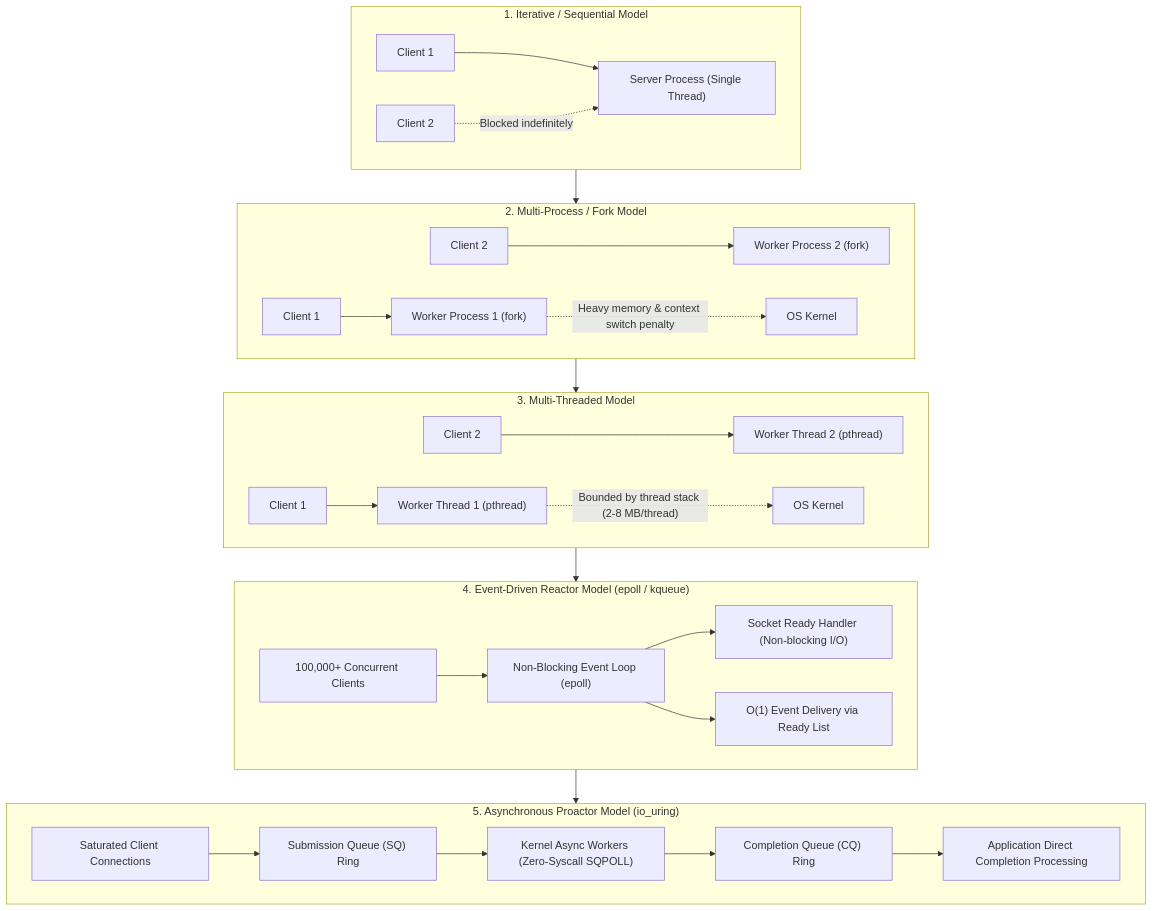
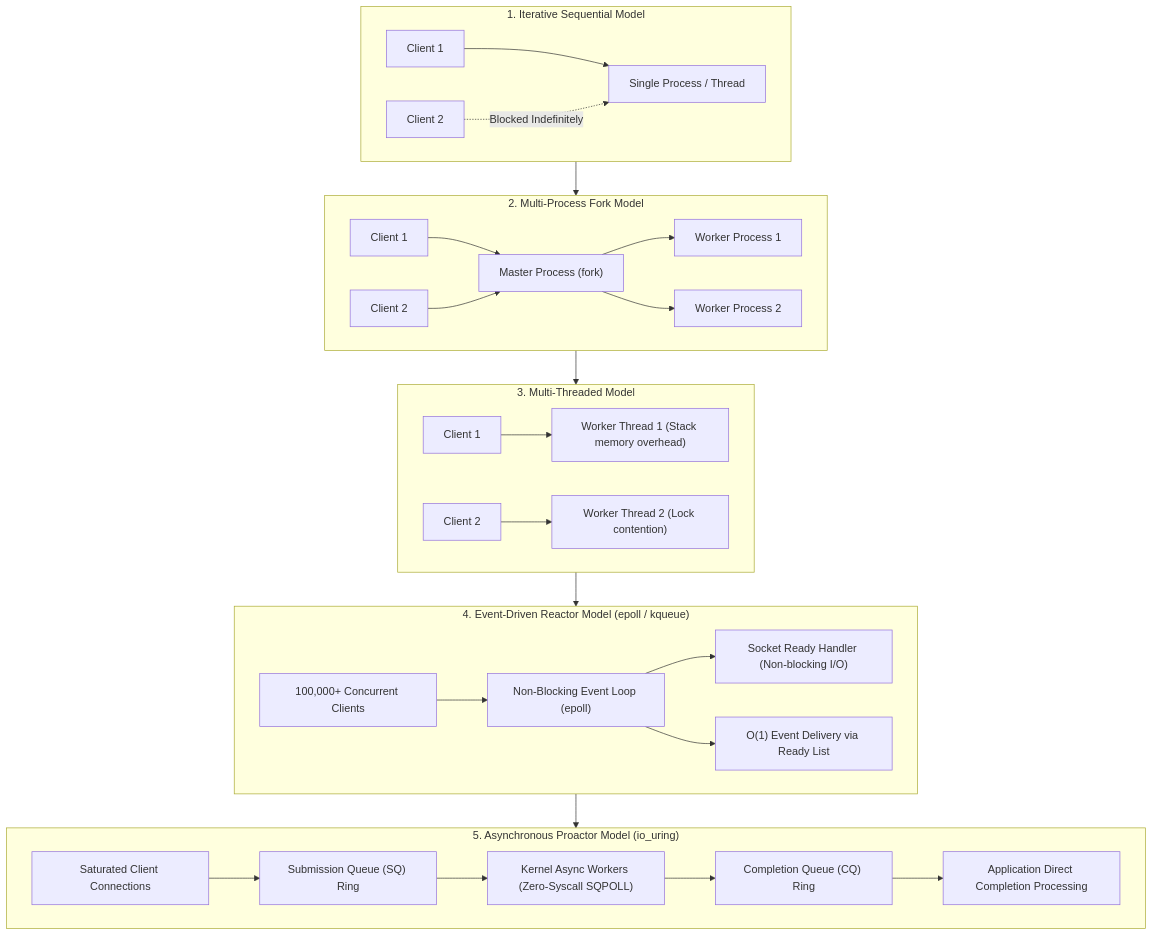
Before and after one commit to Ashutosh0x/creating-your-own-servers-from-scratch: the second of 2 diagrams in README.md, drawn with Mermaid. The commit also changed other lines of this file and 1 other file, not shown here.

Commit message:
feat: complete Part III chapters 38-60, technical errata register, and master production artifacts

````diff
--- a/README.md
+++ b/README.md
@@ -102,34 +136,32 @@
 ```mermaid
 flowchart TD
-    subgraph M1["1. Iterative / Sequential Model"]
-        C1_A["Client 1"] --> SVR1["Server Process (Single Thread)"]
-        C1_B["Client 2"] -.->|"Blocked indefinitely"| SVR1
+    subgraph M1["1. Iterative Sequential Model"]
+        C1["Client 1"] --> S1["Single Process / Thread"]
+        C2["Client 2"] -.->|Blocked Indefinitely| S1
     end
 
-    subgraph M2["2. Multi-Process / Fork Model"]
-        C2_A["Client 1"] --> P2_A["Worker Process 1 (fork)"]
-        C2_B["Client 2"] --> P2_B["Worker Process 2 (fork)"]
-        P2_A -.->|"Heavy memory & context switch penalty"| OS2["OS Kernel"]
+    subgraph M2["2. Multi-Process Fork Model"]
+        C2_1["Client 1"] --> P1["Master Process (fork)"] --> W1["Worker Process 1"]
+        C2_2["Client 2"] --> P1 --> W2["Worker Process 2"]
     end
 
     subgraph M3["3. Multi-Threaded Model"]
-        C3_A["Client 1"] --> T3_A["Worker Thread 1 (pthread)"]
-        C3_B["Client 2"] --> T3_B["Worker Thread 2 (pthread)"]
-        T3_A -.->|"Bounded by thread stack (2-8 MB/thread)"| OS3["OS Kernel"]
+        C3_1["Client 1"] --> T1["Worker Thread 1 (Stack memory overhead)"]
+        C3_2["Client 2"] --> T2["Worker Thread 2 (Lock contention)"]
     end
 
     subgraph M4["4. Event-Driven Reactor Model (epoll / kqueue)"]
         C4_All["100,000+ Concurrent Clients"] --> E4["Non-Blocking Event Loop (epoll)"]
         E4 --> H4_1["Socket Ready Handler (Non-blocking I/O)"]
         E4 --> H4_2["O(1) Event Delivery via Ready List"]
     end
 
     subgraph M5["5. Asynchronous Proactor Model (io_uring)"]
         C5_All["Saturated Client Connections"] --> SQ["Submission Queue (SQ) Ring"]
         SQ --> KERN["Kernel Async Workers (Zero-Syscall SQPOLL)"]
         KERN --> CQ["Completion Queue (CQ) Ring"]
         CQ --> APP["Application Direct Completion Processing"]
     end
 
     M1 --> M2 --> M3 --> M4 --> M5
 ```
````
